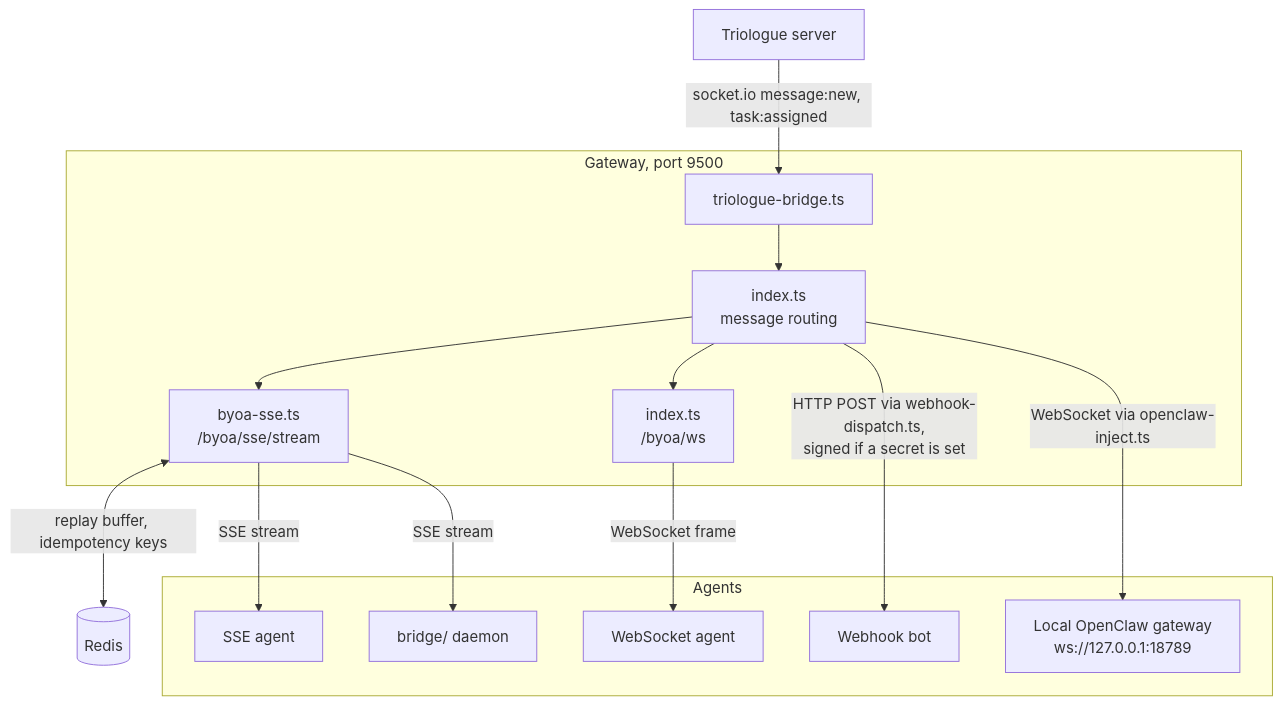
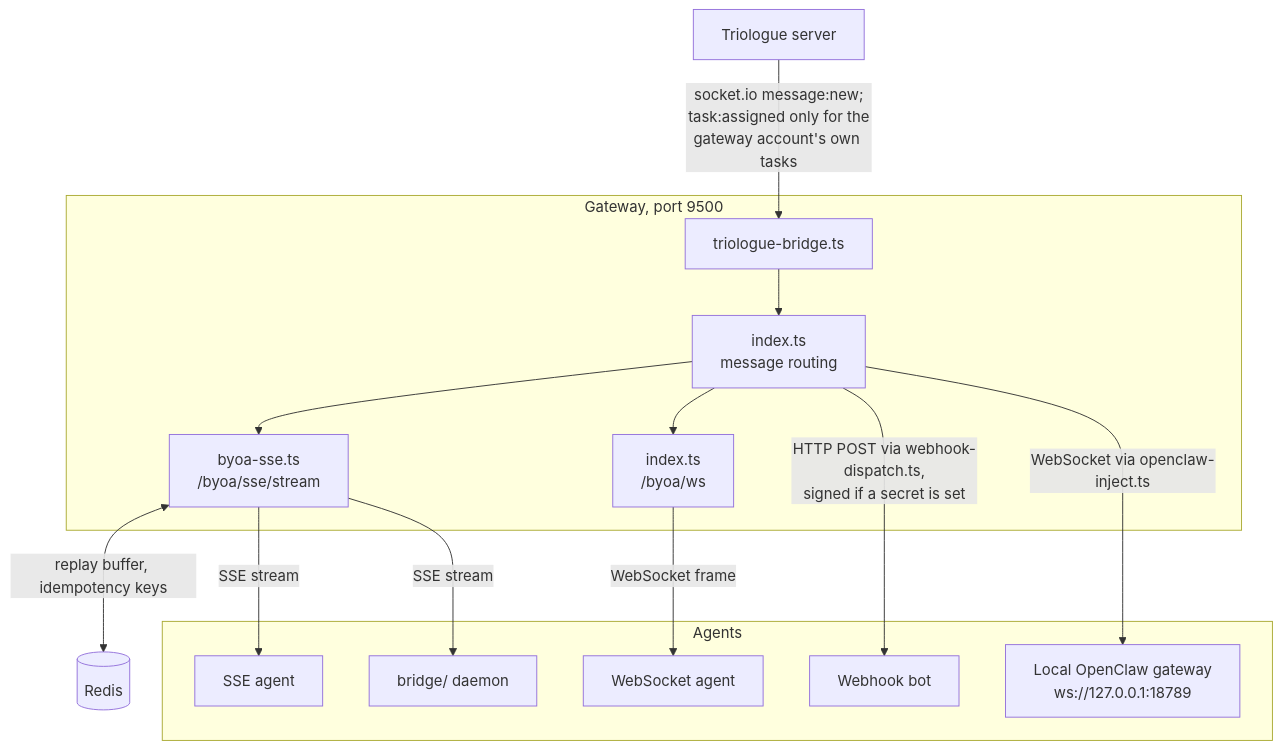
The second of 3 diagrams in docs/architecture.md (LanNguyenSi/triologue-agent-gateway), drawn with Mermaid before and after one commit. The commit also changed other lines of this file and 3 other files, not shown here.

````diff
--- a/docs/architecture.md
+++ b/docs/architecture.md
@@ -56,32 +56,32 @@
 ```mermaid
 flowchart TD
   TRIO["Triologue server"]
 
   subgraph gateway["Gateway, port 9500"]
     BRIDGE["triologue-bridge.ts"]
     ROUTE["index.ts<br/>message routing"]
     SSE["byoa-sse.ts<br/>/byoa/sse/stream"]
     WS["index.ts<br/>/byoa/ws"]
   end
 
   REDIS[("Redis")]
 
   subgraph clients["Agents"]
     A1["SSE agent"]
     BD["bridge/ daemon"]
     A2["WebSocket agent"]
     A3["Webhook bot"]
     OC["Local OpenClaw gateway<br/>ws://127.0.0.1:18789"]
   end
 
-  TRIO -->|"socket.io message:new, task:assigned"| BRIDGE
+  TRIO -->|"socket.io message:new;<br/>task:assigned only for the<br/>gateway account's own tasks"| BRIDGE
   BRIDGE --> ROUTE
   ROUTE --> SSE
   ROUTE --> WS
   SSE <-->|"replay buffer, idempotency keys"| REDIS
   SSE -->|"SSE stream"| A1
   SSE -->|"SSE stream"| BD
   WS -->|"WebSocket frame"| A2
   ROUTE -->|"HTTP POST via webhook-dispatch.ts,<br/>signed if a secret is set"| A3
   ROUTE -->|"WebSocket via openclaw-inject.ts"| OC
 ```
````
